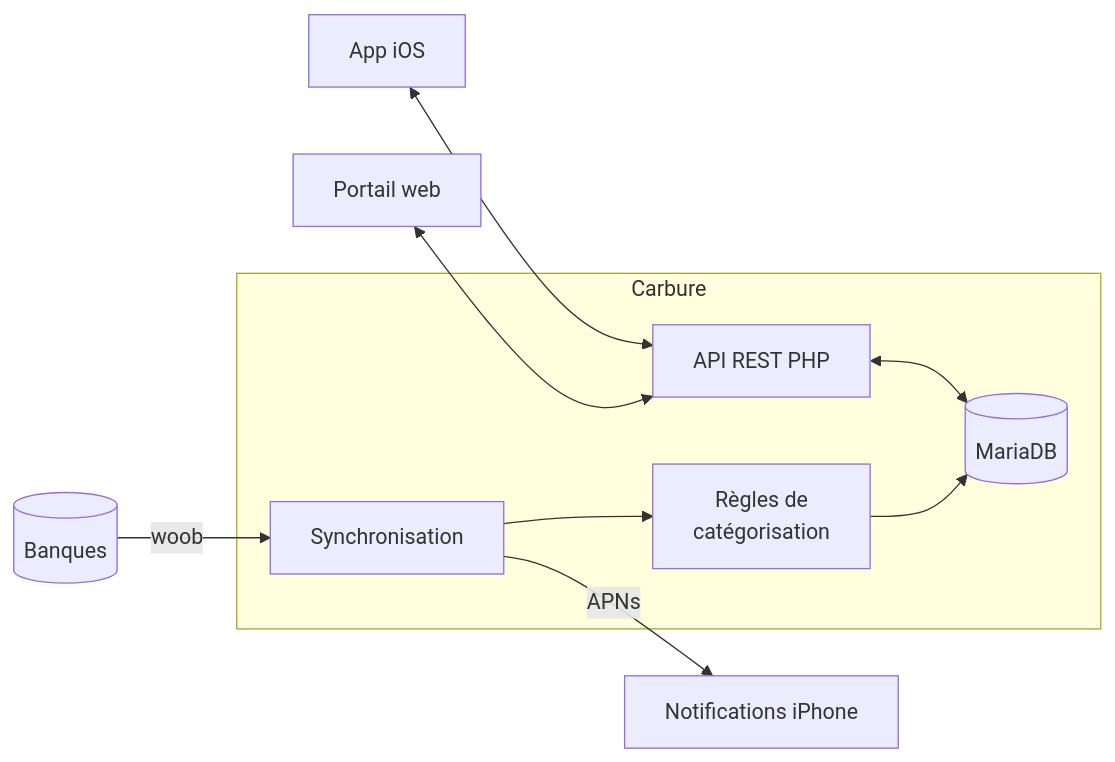
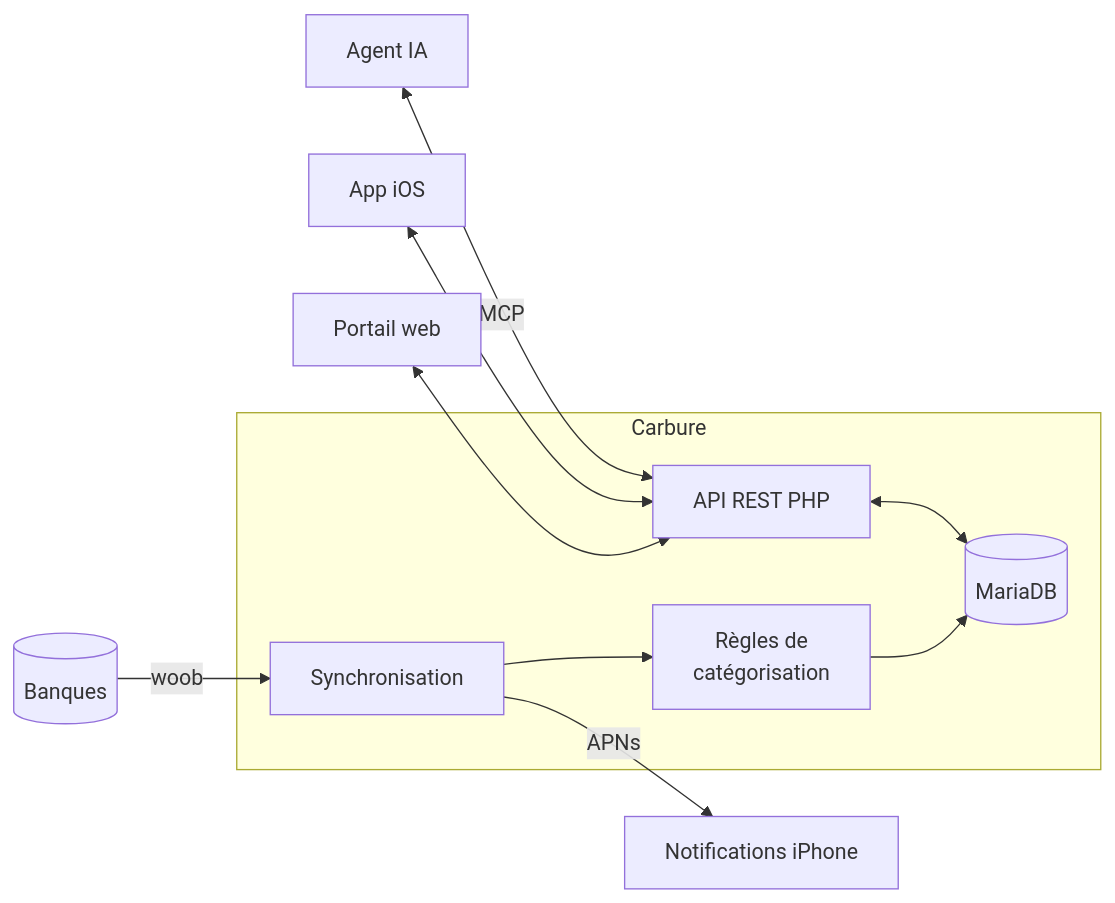
The diagram in README.md (ltoinel/Carbure), drawn with Mermaid before and after one commit. The commit also changed other lines of this file and 14 other files, not shown here.

````diff
--- a/README.md
+++ b/README.md
@@ -56,11 +59,12 @@
 ```mermaid
 flowchart LR
     bank[(Banques)] -->|woob| sync[Synchronisation]
     subgraph Carbure
         sync --> rules[Règles de<br/>catégorisation] --> db[(MariaDB)]
         api[API REST PHP] <--> db
     end
     portal[Portail web] <--> api
     ios[App iOS] <--> api
+    ai[Agent IA] <-->|MCP| api
     sync -->|APNs| push[Notifications iPhone]
 ```
````
